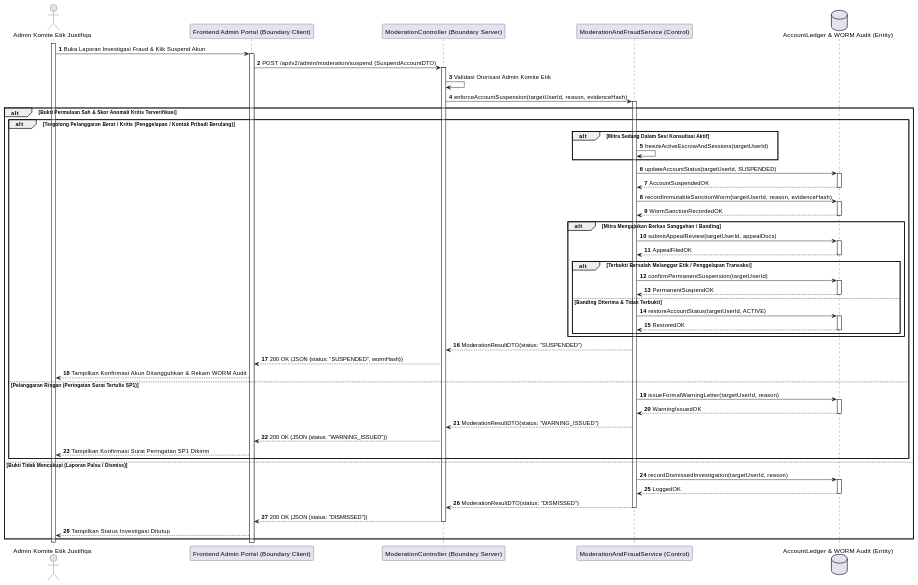
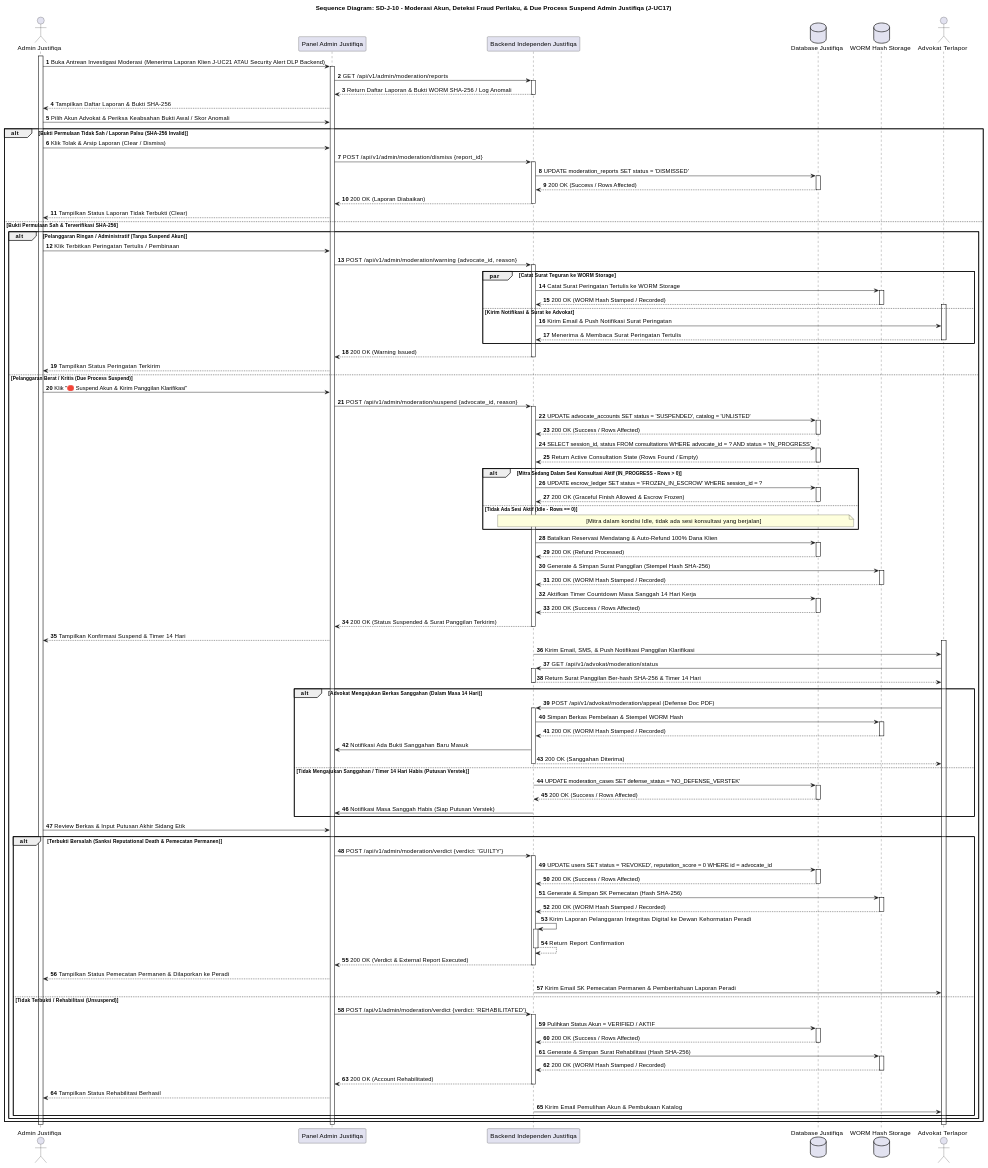
One commit to tupperwureism/SuperApp-Gagal changed the tenth of 28 diagrams in MarkDown/plantuml_sequence_diagrams.md. Above: the diagram before and after it, drawn with PlantUML. The commit also changed other lines of this file and 3 other files, not shown here.

````diff
--- a/MarkDown/plantuml_sequence_diagrams.md
+++ b/MarkDown/plantuml_sequence_diagrams.md
@@ -645,57 +859,108 @@
 ```plantuml
 @startuml
+title Sequence Diagram: SD-J-10 - Moderasi Akun, Deteksi Fraud Perilaku, & Due Process Suspend Admin Justifiqa (J-UC17)
 autonumber
-actor "Admin Komite Etik Justifiqa" as User
-participant "Frontend Admin Portal (Boundary Client)" as B_FE
-participant "ModerationController (Boundary Server)" as B_BE
-participant "ModerationAndFraudService (Control)" as C_Svc
-database "AccountLedger & WORM Audit (Entity)" as E_DB
+actor "Admin Justifiqa" as Admin
+participant "Panel Admin Justifiqa" as FE
+participant "Backend Independen Justifiqa" as BE
+database "Database Justifiqa" as DB
+database "WORM Hash Storage" as WORM
+actor "Advokat Terlapor" as Mitra
 
-activate User
-User -> B_FE ++ : Buka Laporan Investigasi Fraud & Klik Suspend Akun
-B_FE -> B_BE ++ : POST /api/v2/admin/moderation/suspend (SuspendAccountDTO)
-B_BE -> B_BE : Validasi Otorisasi Admin Komite Etik
-B_BE -> C_Svc ++ : enforceAccountSuspension(targetUserId, reason, evidenceHash)
+activate Admin
+Admin -> FE ++ : Buka Antrean Investigasi Moderasi (Menerima Laporan Klien J-UC21 ATAU Security Alert DLP Backend)
+FE -> BE ++ : GET /api/v1/admin/moderation/reports
+BE --> FE -- : Return Daftar Laporan & Bukti WORM SHA-256 / Log Anomali
+FE --> Admin : Tampilkan Daftar Laporan & Bukti SHA-256
+Admin -> FE : Pilih Akun Advokat & Periksa Keabsahan Bukti Awal / Skor Anomali
 
-alt Bukti Permulaan Sah & Skor Anomali Kritis Terverifikasi
-    alt Tergolong Pelanggaran Berat / Kritis (Penggelapan / Kontak Pribadi Berulang)
-        alt Mitra Sedang Dalam Sesi Konsultasi Aktif
-            C_Svc -> C_Svc : freezeActiveEscrowAndSessions(targetUserId)
+alt Bukti Permulaan Tidak Sah / Laporan Palsu (SHA-256 Invalid)
+    Admin -> FE : Klik Tolak & Arsip Laporan (Clear / Dismiss)
+    FE -> BE ++ : POST /api/v1/admin/moderation/dismiss {report_id}
+    BE -> DB ++ : UPDATE moderation_reports SET status = 'DISMISSED'
+    DB --> BE -- : 200 OK (Success / Rows Affected)
+    BE --> FE -- : 200 OK (Laporan Diabaikan)
+    FE --> Admin : Tampilkan Status Laporan Tidak Terbukti (Clear)
+else Bukti Permulaan Sah & Terverifikasi SHA-256
+    alt Pelanggaran Ringan / Administratif (Tanpa Suspend Akun)
+        Admin -> FE : Klik Terbitkan Peringatan Tertulis / Pembinaan
+        FE -> BE ++ : POST /api/v1/admin/moderation/warning {advocate_id, reason}
+        par Catat Surat Teguran ke WORM Storage
+            BE -> WORM ++ : Catat Surat Peringatan Tertulis ke WORM Storage
+            WORM --> BE -- : 200 OK (WORM Hash Stamped / Recorded)
+        else Kirim Notifikasi & Surat ke Advokat
+            activate Mitra
+            BE -> Mitra : Kirim Email & Push Notifikasi Surat Peringatan
+            Mitra --> BE : Menerima & Membaca Surat Peringatan Tertulis
+            deactivate Mitra
         end
-        C_Svc -> E_DB ++ : updateAccountStatus(targetUserId, SUSPENDED)
-        E_DB --> C_Svc -- : AccountSuspendedOK
-        C_Svc -> E_DB ++ : recordImmutableSanctionWorm(targetUserId, reason, evidenceHash)
-        E_DB --> C_Svc -- : WormSanctionRecordedOK
-
-        alt Mitra Mengajukan Berkas Sanggahan / Banding
-            C_Svc -> E_DB ++ : submitAppealReview(targetUserId, appealDocs)
-            E_DB --> C_Svc -- : AppealFiledOK
-            alt Terbukti Bersalah Melanggar Etik / Penggelapan Transaksi
-                C_Svc -> E_DB ++ : confirmPermanentSuspension(targetUserId)
-                E_DB --> C_Svc -- : PermanentSuspendOK
-            else Banding Diterima & Tidak Terbukti
-                C_Svc -> E_DB ++ : restoreAccountStatus(targetUserId, ACTIVE)
-                E_DB --> C_Svc -- : RestoredOK
-            end
+        BE --> FE -- : 200 OK (Warning Issued)
+        FE --> Admin : Tampilkan Status Peringatan Terkirim
+    else Pelanggaran Berat / Kritis (Due Process Suspend)
+        Admin -> FE : Klik "🛑 Suspend Akun & Kirim Panggilan Klarifikasi"
+        FE -> BE ++ : POST /api/v1/admin/moderation/suspend {advocate_id, reason}
+        BE -> DB ++ : UPDATE advocate_accounts SET status = 'SUSPENDED', catalog = 'UNLISTED'
+        DB --> BE -- : 200 OK (Success / Rows Affected)
+        BE -> DB ++ : SELECT session_id, status FROM consultations WHERE advocate_id = ? AND status = 'IN_PROGRESS'
+        DB --> BE -- : Return Active Consultation State (Rows Found / Empty)
+        alt Mitra Sedang Dalam Sesi Konsultasi Aktif (IN_PROGRESS - Rows > 0)
+            BE -> DB ++ : UPDATE escrow_ledger SET status = 'FROZEN_IN_ESCROW' WHERE session_id = ?
+            DB --> BE -- : 200 OK (Graceful Finish Allowed & Escrow Frozen)
+        else Tidak Ada Sesi Aktif (Idle - Rows == 0)
+            note over BE, DB : [Mitra dalam kondisi Idle, tidak ada sesi konsultasi yang berjalan]
         end
-
-        C_Svc --> B_BE : ModerationResultDTO(status: "SUSPENDED")
-        B_BE --> B_FE : 200 OK (JSON {status: "SUSPENDED", wormHash})
-        B_FE --> User : Tampilkan Konfirmasi Akun Ditangguhkan & Rekam WORM Audit
-    else Pelanggaran Ringan (Peringatan Surat Tertulis SP1)
-        C_Svc -> E_DB ++ : issueFormalWarningLetter(targetUserId, reason)
-        E_DB --> C_Svc -- : WarningIssuedOK
-        C_Svc --> B_BE : ModerationResultDTO(status: "WARNING_ISSUED")
-        B_BE --> B_FE : 200 OK (JSON {status: "WARNING_ISSUED"})
-        B_FE --> User : Tampilkan Konfirmasi Surat Peringatan SP1 Dikirim
+        BE -> DB ++ : Batalkan Reservasi Mendatang & Auto-Refund 100% Dana Klien
+        DB --> BE -- : 200 OK (Refund Processed)
+        BE -> WORM ++ : Generate & Simpan Surat Panggilan (Stempel Hash SHA-256)
+        WORM --> BE -- : 200 OK (WORM Hash Stamped / Recorded)
+        BE -> DB ++ : Aktifkan Timer Countdown Masa Sanggah 14 Hari Kerja
+        DB --> BE -- : 200 OK (Success / Rows Affected)
+        BE --> FE -- : 200 OK (Status Suspended & Surat Panggilan Terkirim)
+        FE --> Admin : Tampilkan Konfirmasi Suspend & Timer 14 Hari
+        
+        activate Mitra
+        BE -> Mitra : Kirim Email, SMS, & Push Notifikasi Panggilan Klarifikasi
+        Mitra -> BE ++ : GET /api/v1/advokat/moderation/status
+        BE --> Mitra -- : Return Surat Panggilan Ber-hash SHA-256 & Timer 14 Hari
+        
+        alt Advokat Mengajukan Berkas Sanggahan (Dalam Masa 14 Hari)
+            Mitra -> BE ++ : POST /api/v1/advokat/moderation/appeal (Defense Doc PDF)
+            BE -> WORM ++ : Simpan Berkas Pembelaan & Stempel WORM Hash
+            WORM --> BE -- : 200 OK (WORM Hash Stamped / Recorded)
+            BE -> FE : Notifikasi Ada Bukti Sanggahan Baru Masuk
+            BE --> Mitra -- : 200 OK (Sanggahan Diterima)
+        else Tidak Mengajukan Sanggahan / Timer 14 Hari Habis (Putusan Verstek)
+            BE -> DB ++ : UPDATE moderation_cases SET defense_status = 'NO_DEFENSE_VERSTEK'
+            DB --> BE -- : 200 OK (Success / Rows Affected)
+            BE -> FE : Notifikasi Masa Sanggah Habis (Siap Putusan Verstek)
+        end
+        
+        Admin -> FE : Review Berkas & Input Putusan Akhir Sidang Etik
+        alt Terbukti Bersalah (Sanksi Reputational Death & Pemecatan Permanen)
+            FE -> BE ++ : POST /api/v1/admin/moderation/verdict {verdict: 'GUILTY'}
+            BE -> DB ++ : UPDATE users SET status = 'REVOKED', reputation_score = 0 WHERE id = advocate_id
+            DB --> BE -- : 200 OK (Success / Rows Affected)
+            BE -> WORM ++ : Generate & Simpan SK Pemecatan (Hash SHA-256)
+            WORM --> BE -- : 200 OK (WORM Hash Stamped / Recorded)
+            BE -> BE ++ : Kirim Laporan Pelanggaran Integritas Digital ke Dewan Kehormatan Peradi
+            BE --> BE -- : Return Report Confirmation
+            BE --> FE -- : 200 OK (Verdict & External Report Executed)
+            FE --> Admin : Tampilkan Status Pemecatan Permanen & Dilaporkan ke Peradi
+            BE -> Mitra : Kirim Email SK Pemecatan Permanen & Pemberitahuan Laporan Peradi
+        else Tidak Terbukti / Rehabilitasi (Unsuspend)
+            FE -> BE ++ : POST /api/v1/admin/moderation/verdict {verdict: 'REHABILITATED'}
+            BE -> DB ++ : Pulihkan Status Akun = VERIFIED / AKTIF
+            DB --> BE -- : 200 OK (Success / Rows Affected)
+            BE -> WORM ++ : Generate & Simpan Surat Rehabilitasi (Hash SHA-256)
+            WORM --> BE -- : 200 OK (WORM Hash Stamped / Recorded)
+            BE --> FE -- : 200 OK (Account Rehabilitated)
+            FE --> Admin : Tampilkan Status Rehabilitasi Berhasil
+            BE -> Mitra : Kirim Email Pemulihan Akun & Pembukaan Katalog
+        end
     end
-else Bukti Tidak Mencukupi (Laporan Palsu / Dismiss)
-    C_Svc -> E_DB ++ : recordDismissedInvestigation(targetUserId, reason)
-    E_DB --> C_Svc -- : LoggedOK
-    C_Svc --> B_BE -- : ModerationResultDTO(status: "DISMISSED")
-    B_BE --> B_FE -- : 200 OK (JSON {status: "DISMISSED"})
-    B_FE --> User : Tampilkan Status Investigasi Ditutup
 end
-deactivate User
+deactivate FE
+deactivate Admin
+deactivate Mitra
 @enduml
 ```
````
